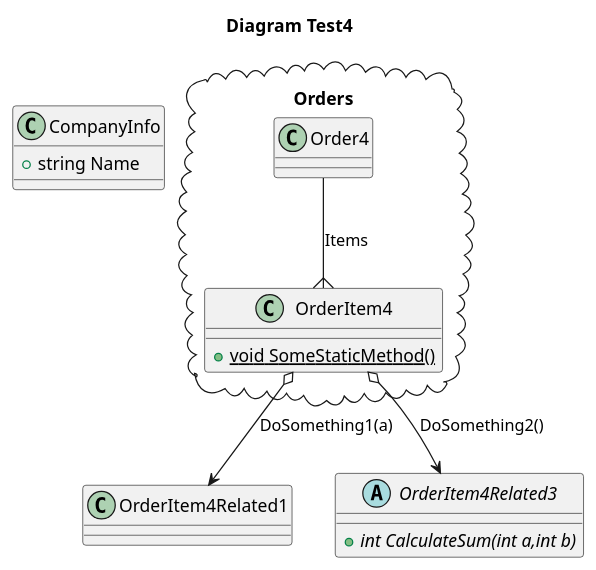
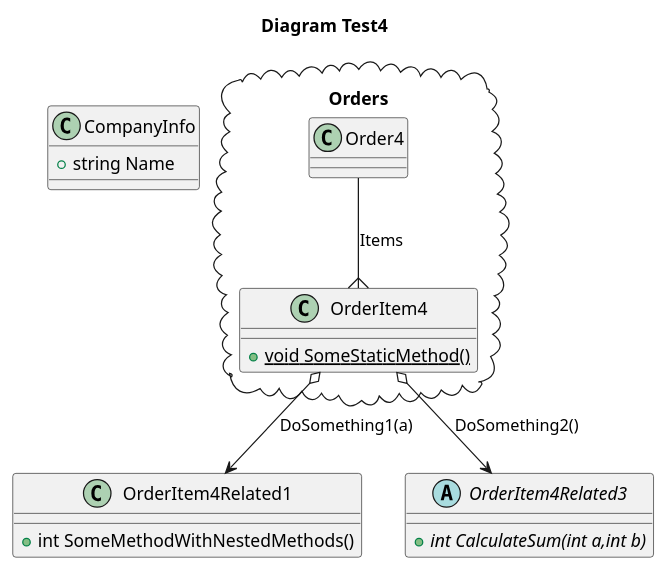
One commit to isukces/AutoUml changed the diagram in docs/testsResults/T10_Should_create_packages.puml. Above: the diagram before and after it, drawn with PlantUML. The commit also changed 6 other files, not shown here.

```diff
--- a/docs/testsResults/T10_Should_create_packages.puml
+++ b/docs/testsResults/T10_Should_create_packages.puml
@@ -1,30 +1,31 @@
 @startuml
 title
  Diagram Test4
 end title
 
 class CompanyInfo
 {
     +string Name
 }
 class OrderItem4Related1
 {
+    +int SomeMethodWithNestedMethods()
 }
 abstract class OrderItem4Related3
 {
     +{abstract} int CalculateSum(int a,int b)
 }
 package Orders <<Cloud>> {
     class Order4
     {
     }
     class OrderItem4
     {
         +{static} void SomeStaticMethod()
     }
 }
 
 Order4 --{ OrderItem4:Items
 OrderItem4 o--> OrderItem4Related1:"DoSomething1(a)"
 OrderItem4 o--> OrderItem4Related3:"DoSomething2()"
 @enduml
```
